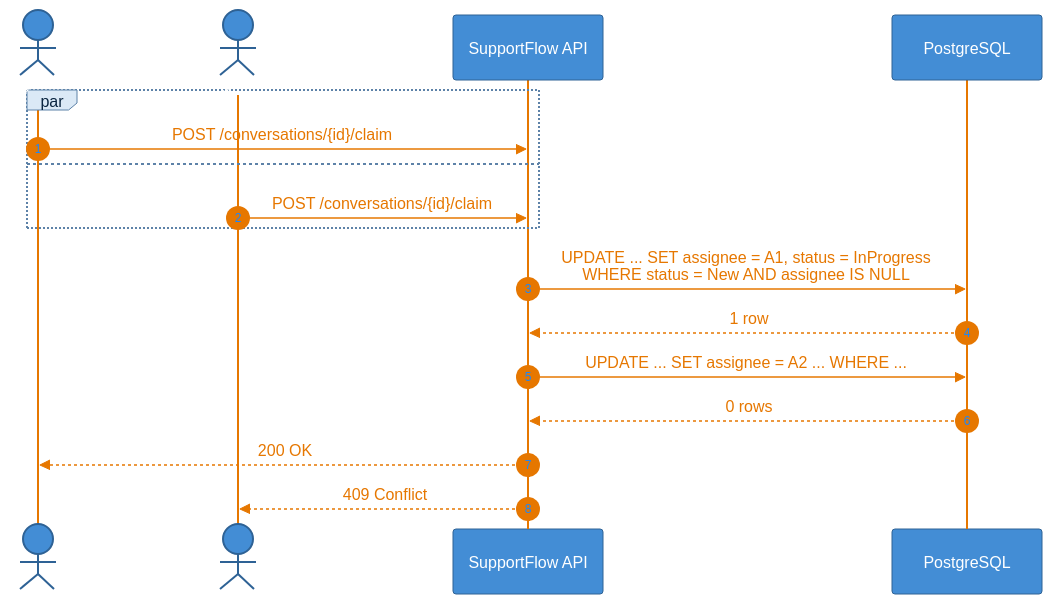
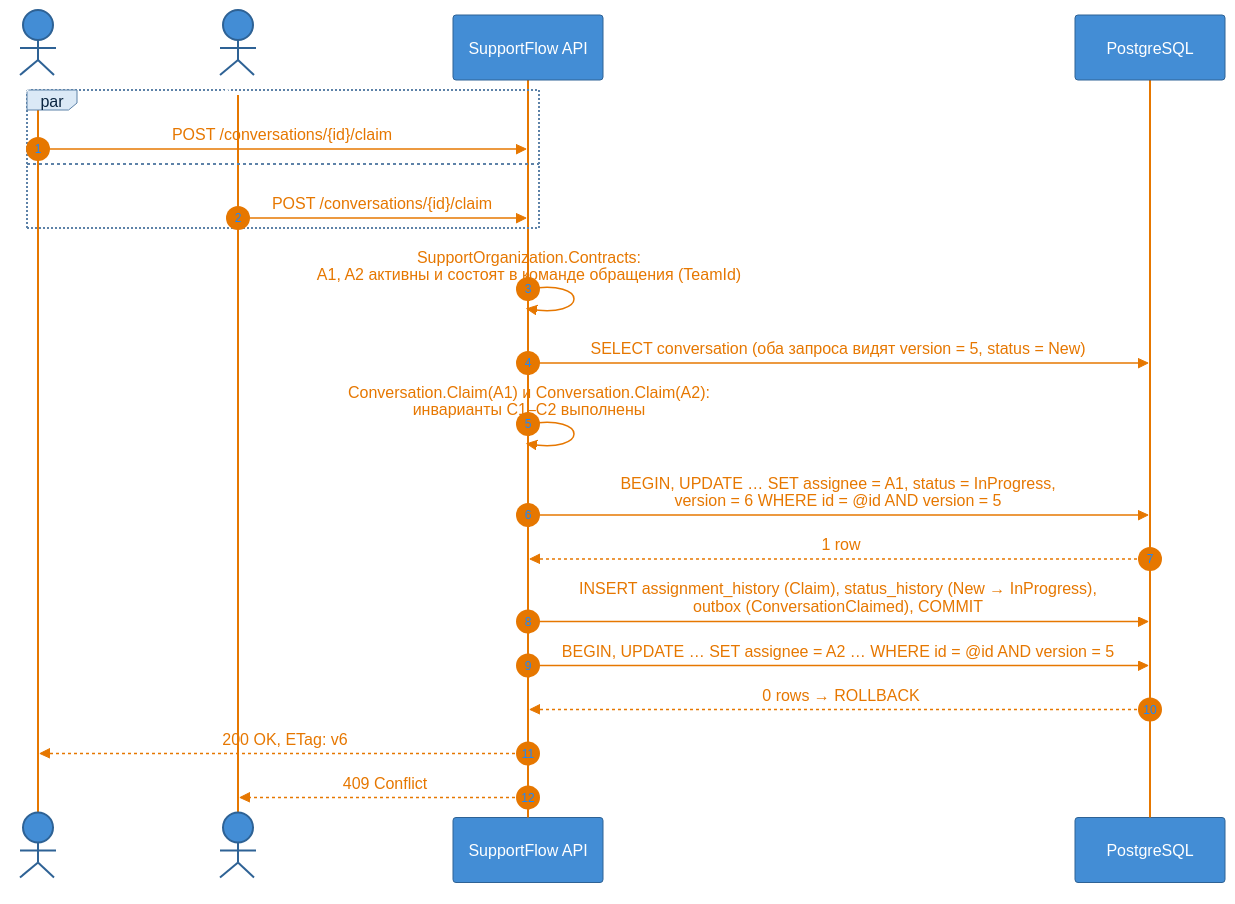
Before and after one commit to iarel/SupportFlow: the fifth of 6 diagrams in docs/architecture/components.md, drawn with Mermaid. The commit also changed other lines of this file and 15 other files, not shown here.

````diff
--- a/docs/architecture/components.md
+++ b/docs/architecture/components.md
@@ -216,21 +279,25 @@
 ```mermaid
 %%{init: {"theme":"base","themeVariables":{"primaryColor":"#dbe9f6","primaryTextColor":"#0b2540","primaryBorderColor":"#5d82a8","lineColor":"#e67700","secondaryColor":"#dbe9f6","tertiaryColor":"#f1f5fa","clusterBkg":"#f1f5fa","clusterBorder":"#5d82a8","titleColor":"#0b4884","edgeLabelBackground":"#fff4e6","textColor":"#e67700","actorBkg":"#438dd5","actorTextColor":"#ffffff","actorBorder":"#2e6295","actorLineColor":"#e67700","signalColor":"#e67700","signalTextColor":"#e67700","labelBoxBkgColor":"#dbe9f6","labelBoxBorderColor":"#5d82a8","labelTextColor":"#0b2540","loopTextColor":"#e67700","noteBkgColor":"#fff4e6","noteTextColor":"#0b2540","noteBorderColor":"#e67700","activationBkgColor":"#dbe9f6","attributeBackgroundColorOdd":"#ffffff","attributeBackgroundColorEven":"#f1f5fa"}}}%%
 sequenceDiagram
     autonumber
     actor A1 as Agent 1
     actor A2 as Agent 2
     participant API as SupportFlow API
     participant DB as PostgreSQL
 
     par
         A1->>API: POST /conversations/{id}/claim
     and
         A2->>API: POST /conversations/{id}/claim
     end
-    API->>DB: UPDATE ... SET assignee = A1, status = InProgress<br/>WHERE status = New AND assignee IS NULL
+    API->>API: SupportOrganization.Contracts:<br/>A1, A2 активны и состоят в команде обращения (TeamId)
+    API->>DB: SELECT conversation (оба запроса видят version = 5, status = New)
+    API->>API: Conversation.Claim(A1) и Conversation.Claim(A2):<br/>инварианты C1–C2 выполнены
+    API->>DB: BEGIN, UPDATE … SET assignee = A1, status = InProgress,<br/>version = 6 WHERE id = @id AND version = 5
     DB-->>API: 1 row
-    API->>DB: UPDATE ... SET assignee = A2 ... WHERE ...
-    DB-->>API: 0 rows
-    API-->>A1: 200 OK
+    API->>DB: INSERT assignment_history (Claim), status_history (New → InProgress),<br/>outbox (ConversationClaimed), COMMIT
+    API->>DB: BEGIN, UPDATE … SET assignee = A2 … WHERE id = @id AND version = 5
+    DB-->>API: 0 rows → ROLLBACK
+    API-->>A1: 200 OK, ETag: v6
     API-->>A2: 409 Conflict
 ```
````
